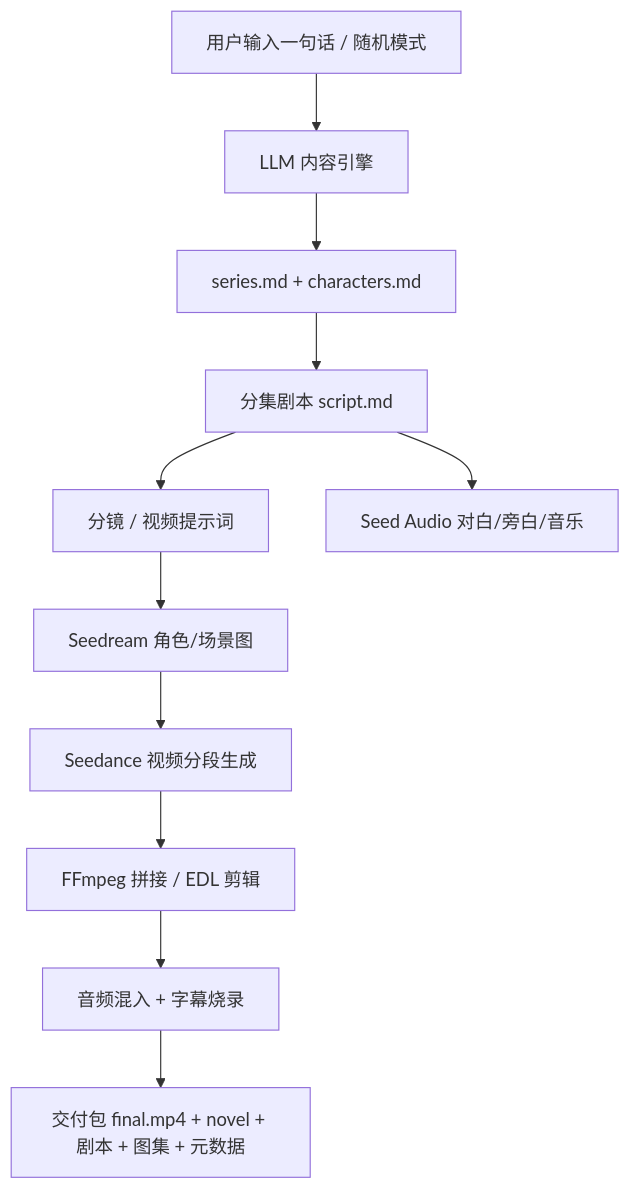
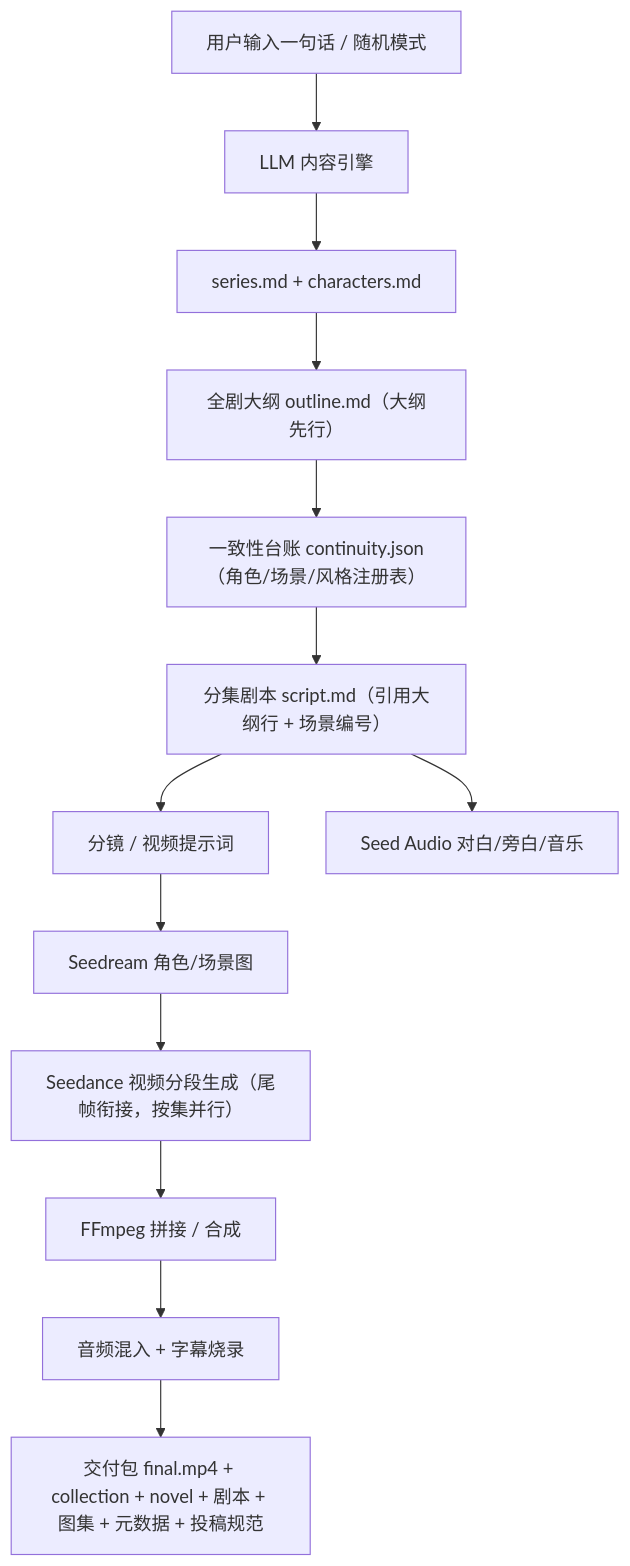
Before and after one commit to WSK159/my-first-project: the diagram in docs/architecture.md, drawn with Mermaid. The commit also changed other lines of this file and 2 other files, not shown here.

````diff
--- a/docs/architecture.md
+++ b/docs/architecture.md
@@ -5,13 +5,15 @@
 ```mermaid
 flowchart TD
     A[用户输入一句话 / 随机模式] --> B[LLM 内容引擎]
     B --> C[series.md + characters.md]
-    C --> D[分集剧本 script.md]
+    C --> C2[全剧大纲 outline.md（大纲先行）]
+    C2 --> C3[一致性台账 continuity.json（角色/场景/风格注册表）]
+    C3 --> D[分集剧本 script.md（引用大纲行 + 场景编号）]
     D --> E[分镜 / 视频提示词]
     E --> F[Seedream 角色/场景图]
-    F --> G[Seedance 视频分段生成]
-    G --> H[FFmpeg 拼接 / EDL 剪辑]
+    F --> G[Seedance 视频分段生成（尾帧衔接，按集并行）]
+    G --> H[FFmpeg 拼接 / 合成]
     D --> I[Seed Audio 对白/旁白/音乐]
     H --> J[音频混入 + 字幕烧录]
-    J --> K[交付包 final.mp4 + novel + 剧本 + 图集 + 元数据]
+    J --> K[交付包 final.mp4 + collection + novel + 剧本 + 图集 + 元数据 + 投稿规范]
 ```
````
